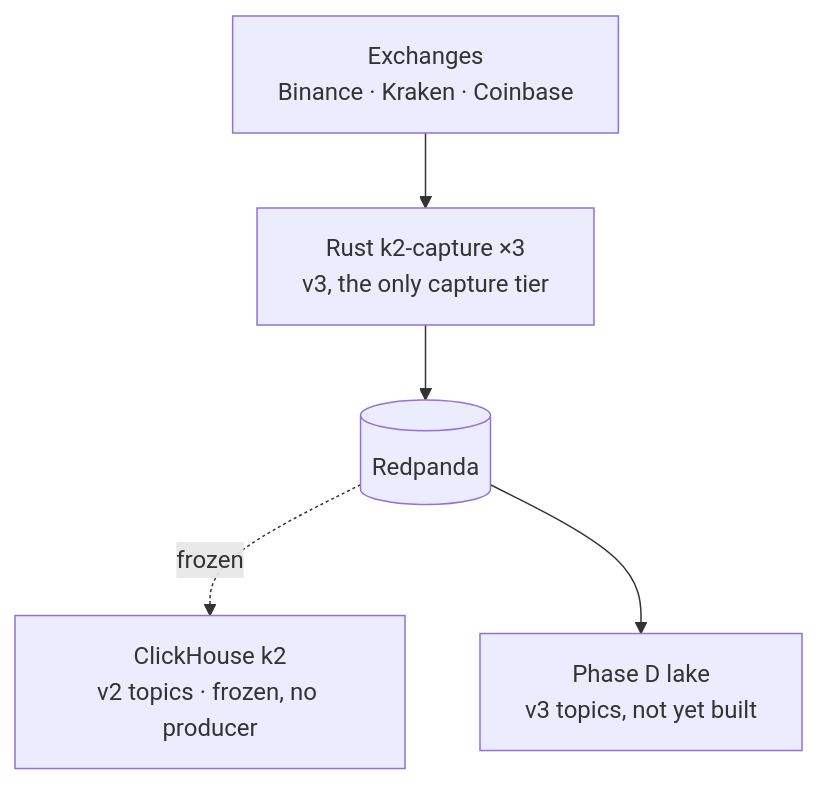
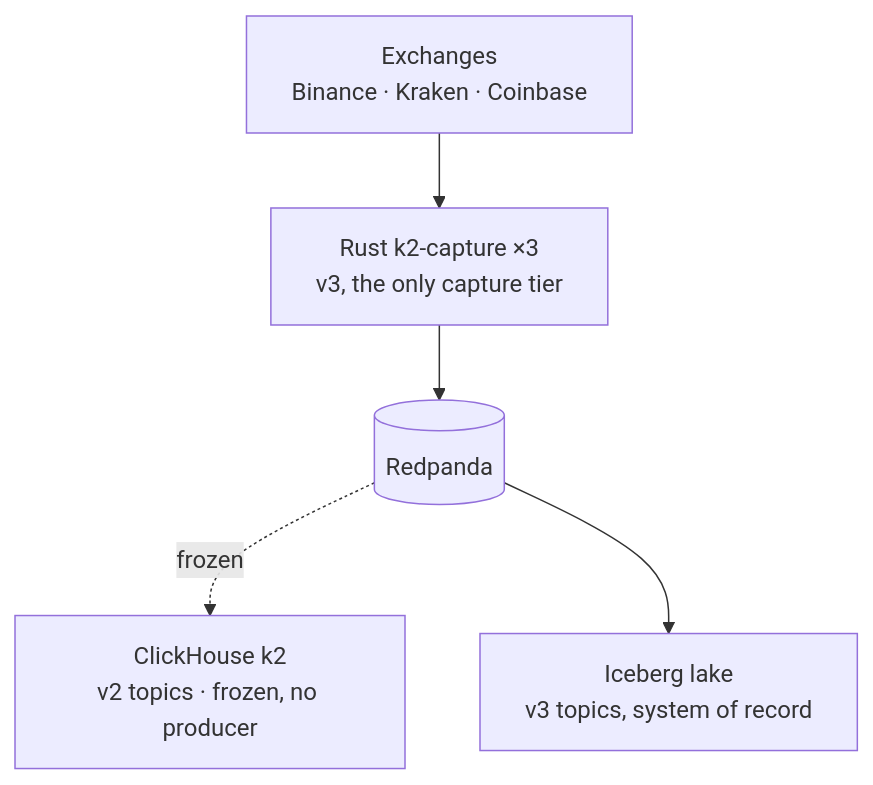
The third of 5 diagrams in docs/architecture/README.md (rjdscott/k2-market-data-platform), drawn with Mermaid before and after one commit. The commit also changed other lines of this file and 128 other files, not shown here.

First line of the commit message:
feat(v3): Phase D — lake tier on Lakekeeper + MinIO, replaces docker/offload (#77)

````diff
--- a/docs/architecture/README.md
+++ b/docs/architecture/README.md
@@ -258,11 +265,11 @@
 ```mermaid
 flowchart TB
   EX["Exchanges<br/>Binance · Kraken · Coinbase"]
   CAP["Rust k2-capture ×3<br/>v3, the only capture tier"]
   RP[("Redpanda")]
   CH["ClickHouse k2<br/>v2 topics · frozen, no producer"]
-  LK["Phase D lake<br/>v3 topics, not yet built"]
+  LK["Iceberg lake<br/>v3 topics, system of record"]
   EX --> CAP --> RP
   RP -.->|frozen| CH
   RP --> LK
 ```
````
